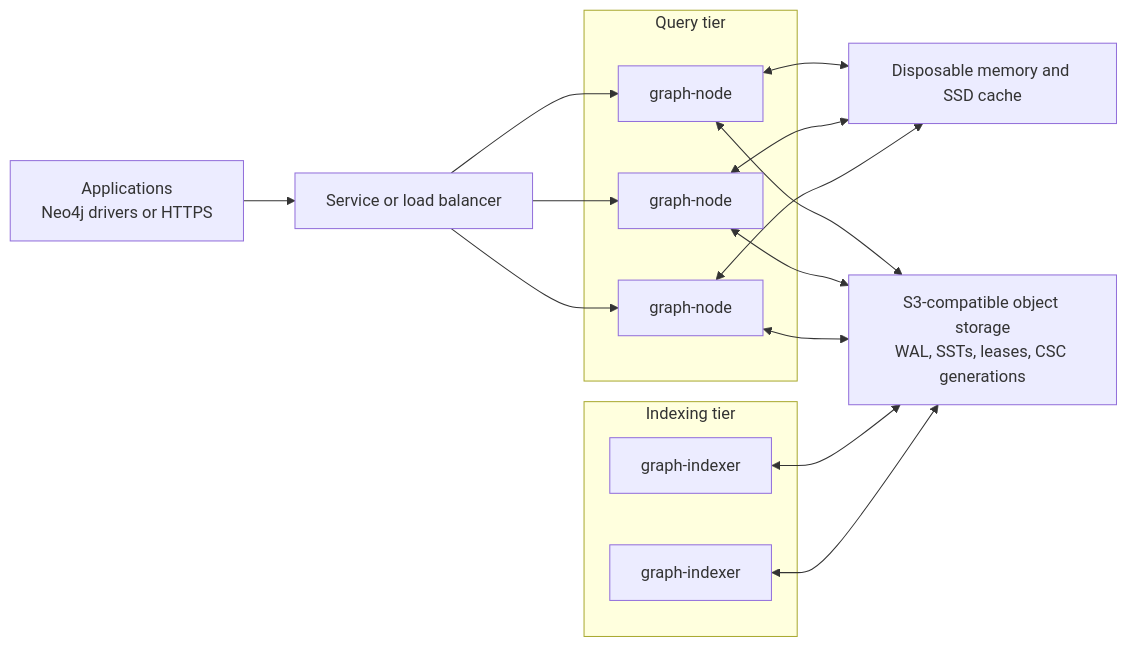
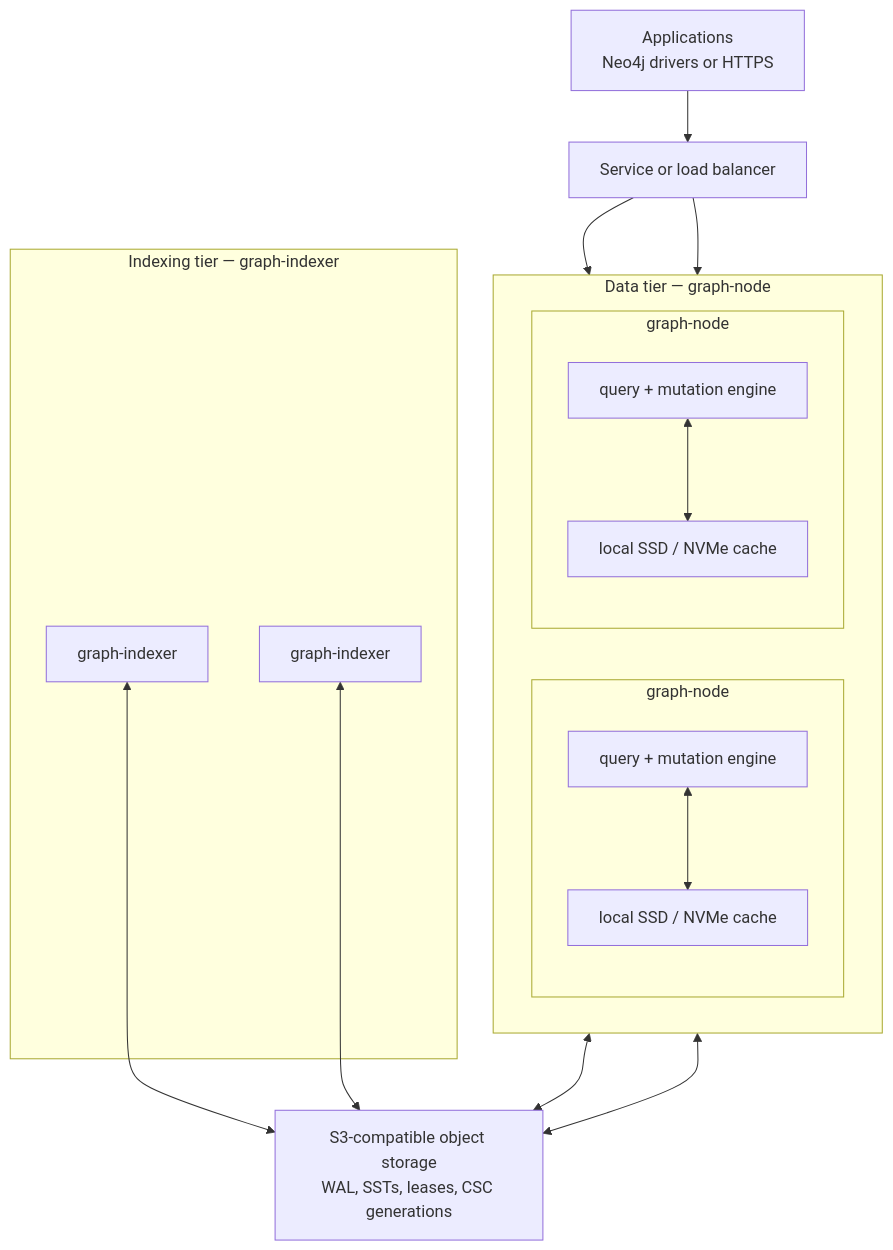
One commit to BHAVIKA44/hydraddb changed the diagram in README.md. Above: the diagram before and after it, drawn with Mermaid. The commit also changed other lines of this file and 1 other file, not shown here.

````diff
--- a/README.md
+++ b/README.md
@@ -38,32 +42,34 @@
 ```mermaid
-flowchart LR
+flowchart TB
     C["Applications<br/>Neo4j drivers or HTTPS"]
     SVC["Service or load balancer"]
 
-    subgraph Q["Query tier"]
-        Q1["graph-node"]
-        Q2["graph-node"]
-        QN["graph-node"]
+    subgraph Q["Data tier — graph-node"]
+        direction LR
+        subgraph N1["graph-node"]
+            Q1["query + mutation engine"]
+            S1["local SSD / NVMe cache"]
+            Q1 <--> S1
+        end
+        subgraph N2["graph-node"]
+            Q2["query + mutation engine"]
+            S2["local SSD / NVMe cache"]
+            Q2 <--> S2
+        end
     end
 
-    subgraph I["Indexing tier"]
+    subgraph I["Indexing tier — graph-indexer"]
         IX1["graph-indexer"]
         IXN["graph-indexer"]
     end
 
-    CACHE["Disposable memory and SSD cache"]
     STORE["S3-compatible object storage<br/>WAL, SSTs, leases, CSC generations"]
 
     C --> SVC
-    SVC --> Q1
-    SVC --> Q2
-    SVC --> QN
-    Q1 <--> CACHE
-    Q2 <--> CACHE
-    QN <--> CACHE
-    Q1 <--> STORE
-    Q2 <--> STORE
-    QN <--> STORE
+    SVC --> N1
+    SVC --> N2
+    N1 <--> STORE
+    N2 <--> STORE
     IX1 <--> STORE
     IXN <--> STORE
 ```
````
